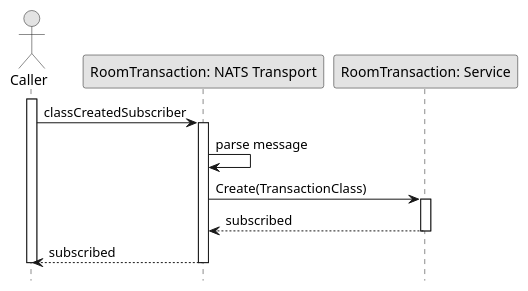
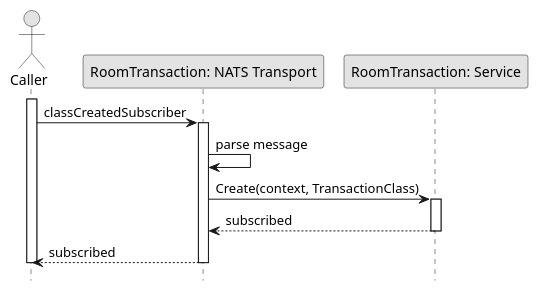
The diagram in Sequence/Release02/TRANSACTION_SubscribeClassCreated.wsd (fwidjaya20/fazzlearning-uml), drawn with PlantUML before and after one commit. The commit also changed 29 other files, not shown here.

Commit message:
fix(sequence): fix invalid sequence

```diff
--- a/Sequence/Release02/TRANSACTION_SubscribeClassCreated.wsd
+++ b/Sequence/Release02/TRANSACTION_SubscribeClassCreated.wsd
@@ -1,26 +1,26 @@
 @startuml SubscribeClassCreated
 
 skinparam ConditionStyle hline
 skinparam Monochrome true
 skinparam Shadowing false
 hide footbox
 
 actor Caller
 participant "RoomTransaction: NATS Transport" as RoomTransactionNATSTransport
 participant "RoomTransaction: Service" as RoomTransactionService
 
 activate Caller
 
 Caller->RoomTransactionNATSTransport: classCreatedSubscriber
 activate RoomTransactionNATSTransport
 RoomTransactionNATSTransport->RoomTransactionNATSTransport: parse message
-RoomTransactionNATSTransport->RoomTransactionService: Create(TransactionClass)
+RoomTransactionNATSTransport->RoomTransactionService: Create(context, TransactionClass)
 activate RoomTransactionService
 RoomTransactionService-->RoomTransactionNATSTransport: subscribed
 deactivate RoomTransactionService
 RoomTransactionNATSTransport-->Caller: subscribed
 deactivate RoomTransactionNATSTransport
 
 deactivate Caller
 
 @enduml
```
